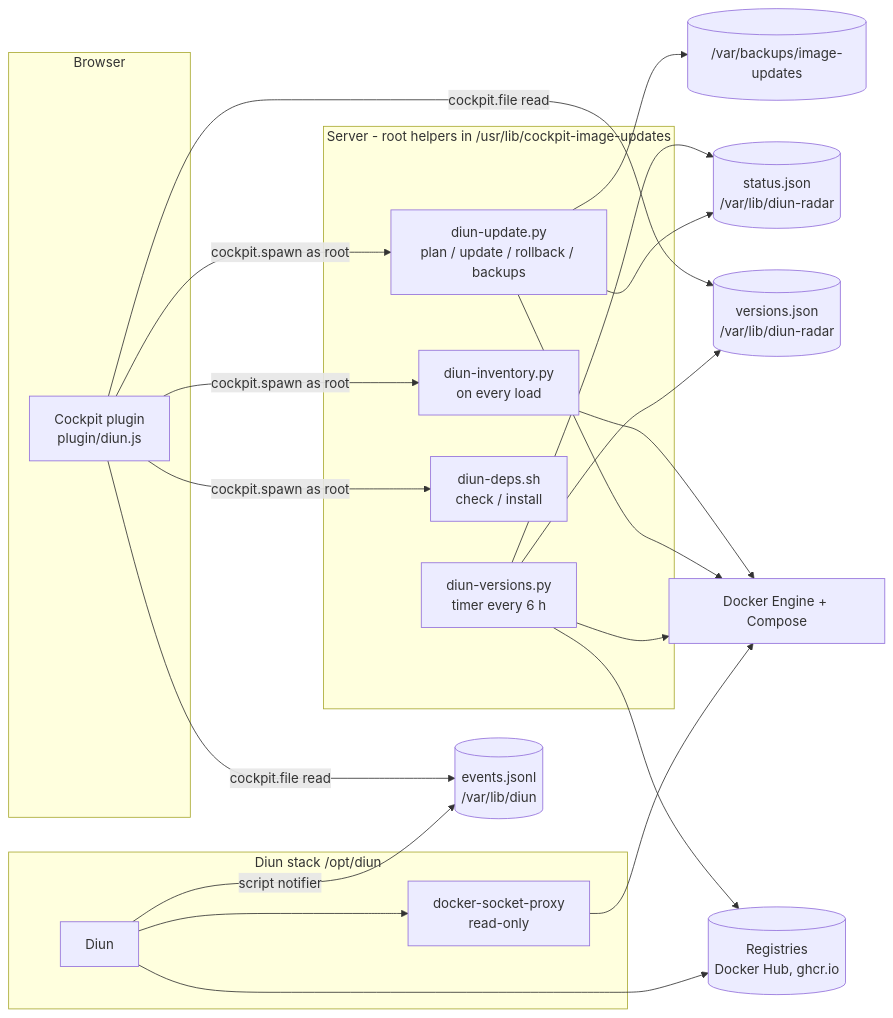
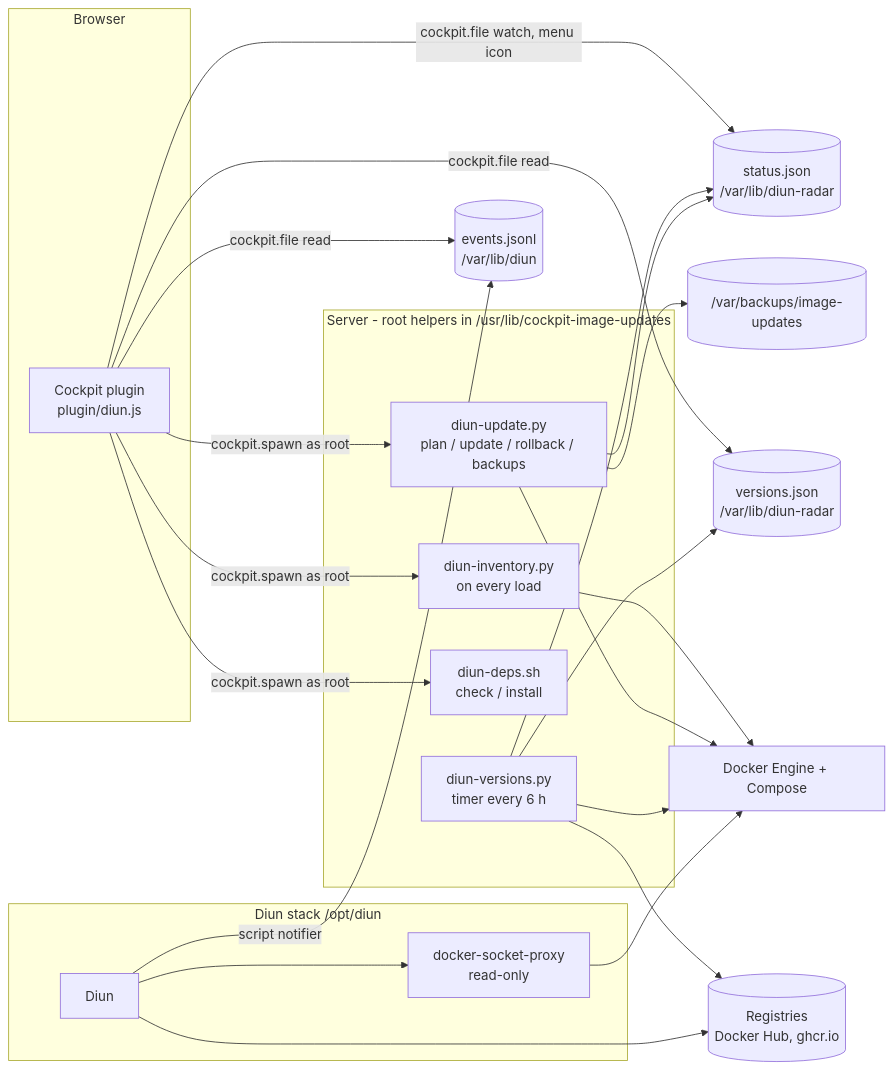
Before and after one commit to Azentrius/cockpit-image-update-monitor: the second of 2 diagrams in README.md, drawn with Mermaid. The commit also changed other lines of this file and 12 other files, not shown here.

First line of the commit message:
Show the add-on's status in Cockpit's menu (#77)

````diff
--- a/README.md
+++ b/README.md
@@ -355,40 +356,41 @@
 ```mermaid
 flowchart LR
     subgraph B["Browser"]
         P["Cockpit plugin<br/>plugin/diun.js"]
     end
     subgraph H["Server - root helpers in /usr/lib/cockpit-image-updates"]
         INV["diun-inventory.py<br/>on every load"]
         UPD["diun-update.py<br/>plan / update / rollback / backups"]
         DEP["diun-deps.sh<br/>check / install"]
         RAD["diun-versions.py<br/>timer every 6 h"]
     end
     VJ[("versions.json<br/>/var/lib/diun-radar")]
     ST[("status.json<br/>/var/lib/diun-radar")]
     EV[("events.jsonl<br/>/var/lib/diun")]
     BK[("/var/backups/image-updates")]
     DK["Docker Engine + Compose"]
     subgraph DS["Diun stack /opt/diun"]
         DI["Diun"]
         SP["docker-socket-proxy<br/>read-only"]
     end
     REG[("Registries<br/>Docker Hub, ghcr.io")]
 
     P -->|"cockpit.spawn as root"| INV
     P -->|"cockpit.spawn as root"| UPD
     P -->|"cockpit.spawn as root"| DEP
     P -->|"cockpit.file read"| VJ
     P -->|"cockpit.file read"| EV
+    P -->|"cockpit.file watch, menu icon"| ST
     INV --> DK
     UPD --> DK
     UPD --> BK
     RAD --> DK
     RAD --> REG
     RAD --> VJ
     RAD --> ST
     UPD --> ST
     DI --> SP
     SP --> DK
     DI --> REG
     DI -->|"script notifier"| EV
 ```
````
